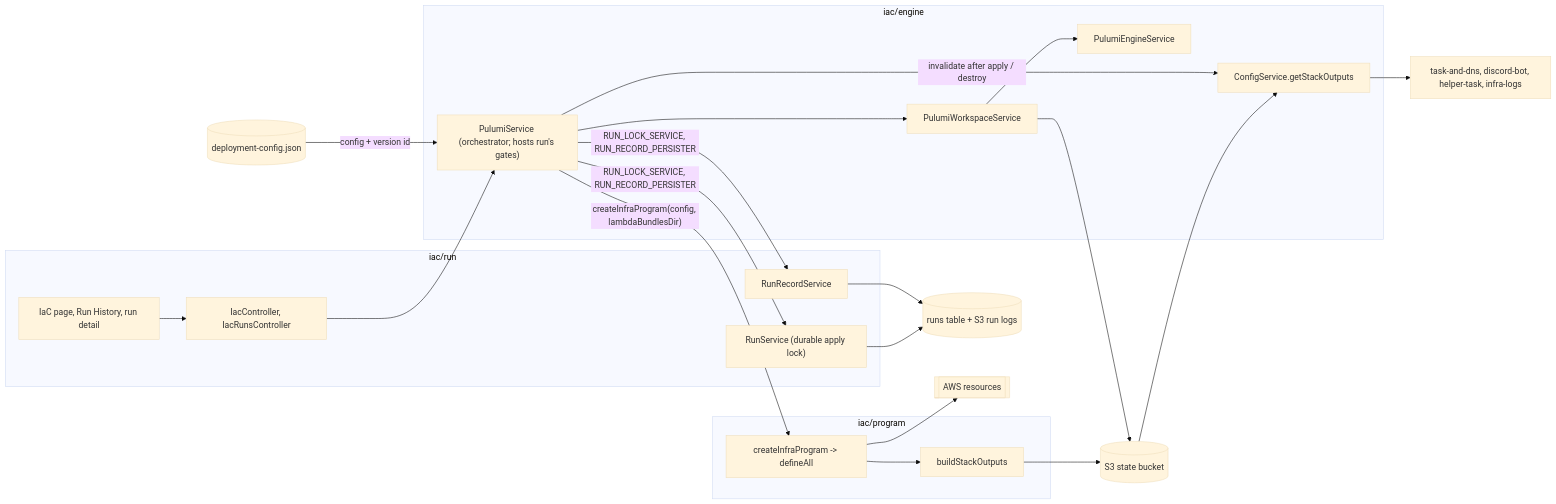
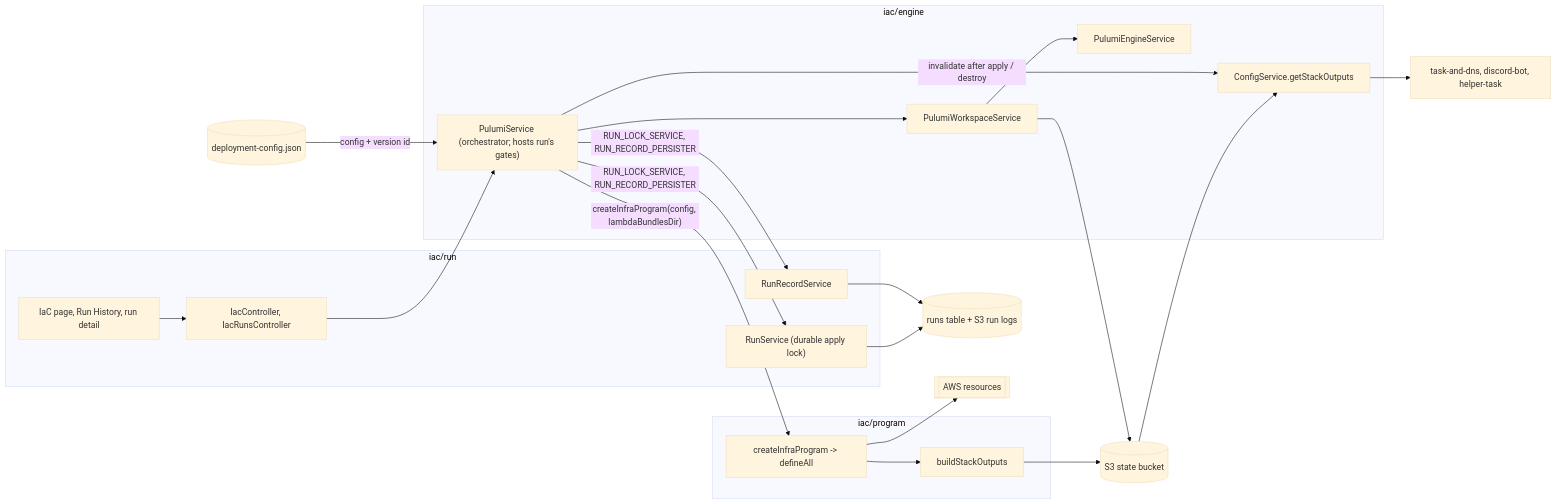
The diagram in docs/intent/iac/iac-design.md (CoderCoco-Studios/Hyveon), drawn with Mermaid (base theme) before and after one commit. The commit also changed other lines of this file and 7 other files, not shown here.

````diff
--- a/docs/intent/iac/iac-design.md
+++ b/docs/intent/iac/iac-design.md
@@ -87,37 +87,37 @@
 ```mermaid
 flowchart LR
   subgraph RUN["iac/run"]
     PAGES["IaC page, Run History, run detail"]
     CTRL["IacController, IacRunsController"]
     RS["RunService (durable apply lock)"]
     RRS["RunRecordService"]
   end
   subgraph ENGINE["iac/engine"]
     PS["PulumiService (orchestrator; hosts run's gates)"]
     WS["PulumiWorkspaceService"]
     ES["PulumiEngineService"]
     CS["ConfigService.getStackOutputs"]
   end
   subgraph PROGRAM["iac/program"]
     CIP["createInfraProgram -> defineAll"]
     SO["buildStackOutputs"]
   end
   CFG[("deployment-config.json")]
   RT[("runs table + S3 run logs")]
   STATE[("S3 state bucket")]
   AWS[["AWS resources"]]
-  CONSUMERS["task-and-dns, discord-bot, helper-task, infra-logs"]
+  CONSUMERS["task-and-dns, discord-bot, helper-task"]
 
   PAGES --> CTRL --> PS
   PS -->|"RUN_LOCK_SERVICE, RUN_RECORD_PERSISTER"| RS & RRS
   RS & RRS --> RT
   CFG -->|"config + version id"| PS
   PS --> WS --> ES
   WS --> STATE
   PS -->|"createInfraProgram(config, lambdaBundlesDir)"| CIP
   CIP --> AWS
   CIP --> SO --> STATE
   STATE --> CS
   PS -->|"invalidate after apply / destroy"| CS
   CS --> CONSUMERS
 ```
````
